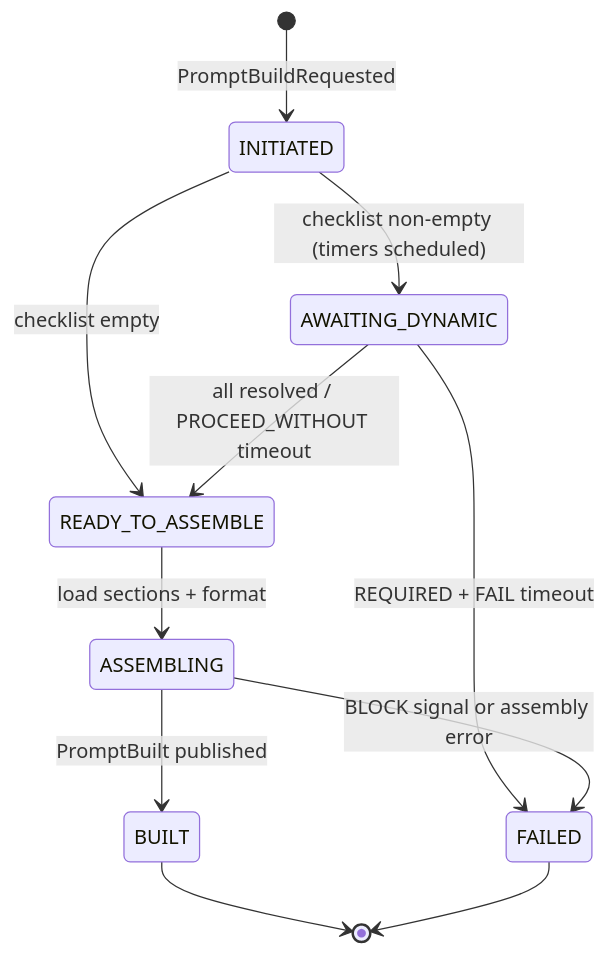
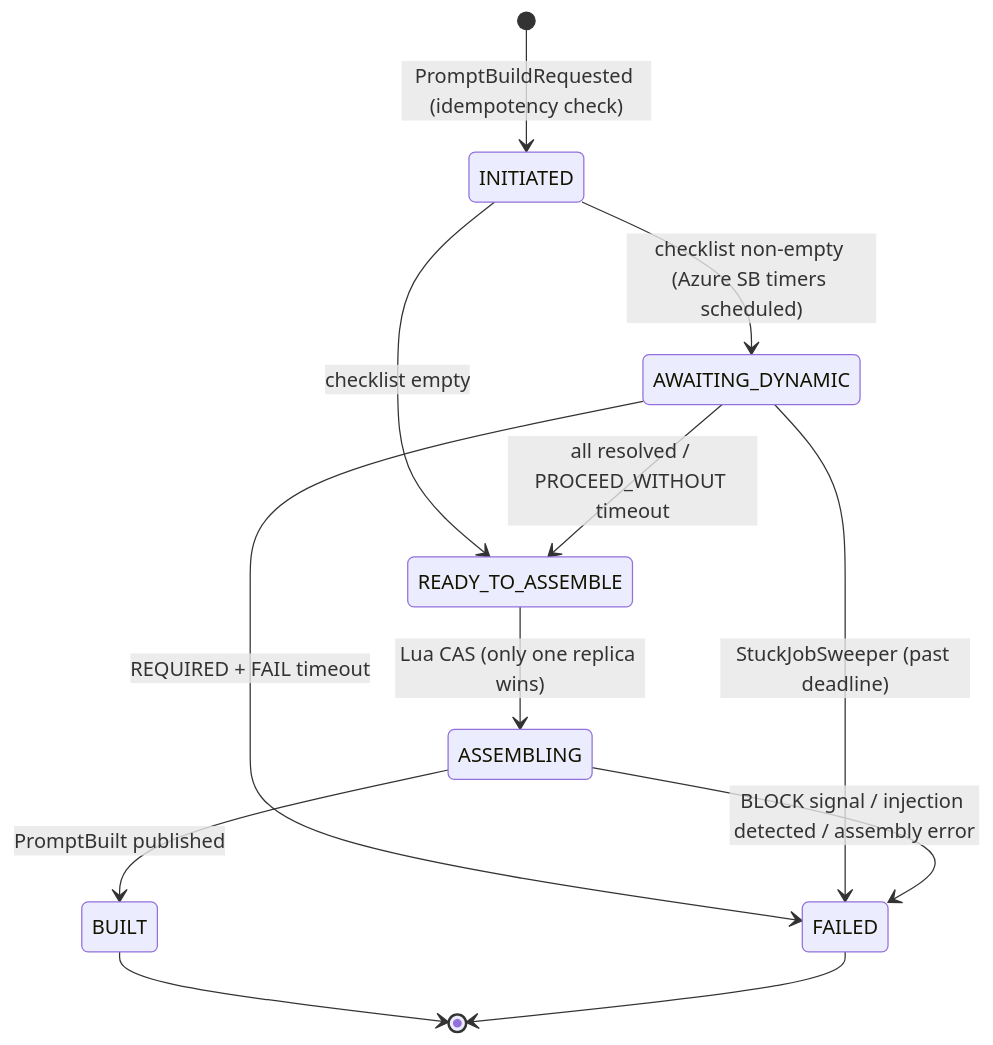
One commit to Siddharth2908/Prompt_Builder changed the third of 4 diagrams in AWA_Agent_Cortex_TDD.md. Above: the diagram before and after it, drawn with Mermaid. The commit also changed other lines of this file, not shown here.

First line of the commit message:
AWA Agent Cortex TDD v4.0.0: FMEA-hardened, Azure-native, strategic positioning

````diff
--- a/AWA_Agent_Cortex_TDD.md
+++ b/AWA_Agent_Cortex_TDD.md
@@ -1589,18 +1671,18 @@
 ```mermaid
 stateDiagram-v2
-    [*] --> INITIATED : PromptBuildRequested
+    [*] --> INITIATED : PromptBuildRequested (idempotency check)
 
-    INITIATED --> AWAITING_DYNAMIC : checklist non-empty (timers scheduled)
+    INITIATED --> AWAITING_DYNAMIC : checklist non-empty (Azure SB timers scheduled)
     INITIATED --> READY_TO_ASSEMBLE : checklist empty
 
     AWAITING_DYNAMIC --> READY_TO_ASSEMBLE : all resolved / PROCEED_WITHOUT timeout
     AWAITING_DYNAMIC --> FAILED : REQUIRED + FAIL timeout
+    AWAITING_DYNAMIC --> FAILED : StuckJobSweeper (past deadline)
 
-    READY_TO_ASSEMBLE --> ASSEMBLING : load sections + format
-
+    READY_TO_ASSEMBLE --> ASSEMBLING : Lua CAS (only one replica wins)
     ASSEMBLING --> BUILT : PromptBuilt published
-    ASSEMBLING --> FAILED : BLOCK signal or assembly error
+    ASSEMBLING --> FAILED : BLOCK signal / injection detected / assembly error
 
     BUILT --> [*]
     FAILED --> [*]
 ```
````
